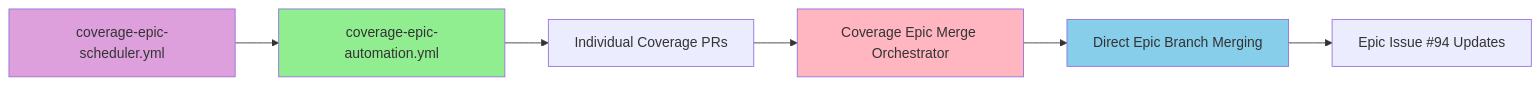
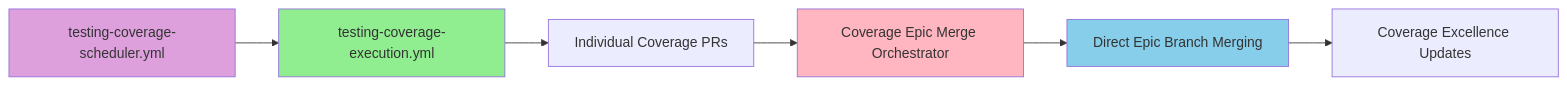
One commit to Zarichney-Development/zarichney-api changed the second of 2 diagrams in Docs/Development/CoverageEpicMergeOrchestration.md. Above: the diagram before and after it, drawn with Mermaid. The commit also changed other lines of this file and 273 other files, not shown here.

Commit message:
feat(ci,docs): rebrand coverage ecosystem to testing coverage; fix scheduler step refs and prompt link (#233)

````diff
--- a/Docs/Development/CoverageEpicMergeOrchestration.md
+++ b/Docs/Development/CoverageEpicMergeOrchestration.md
@@ -269,13 +269,13 @@
 ```mermaid
 graph LR
-    A[coverage-epic-scheduler.yml] --> B[coverage-epic-automation.yml]
+    A[testing-coverage-scheduler.yml] --> B[testing-coverage-execution.yml]
     B --> C[Individual Coverage PRs]
     C --> D[Coverage Epic Merge Orchestrator]
     D --> E[Direct Epic Branch Merging]
-    E --> F[Epic Issue #94 Updates]
-    
+    E --> F[Coverage Excellence Updates]
+
     style A fill:#DDA0DD
     style B fill:#90EE90
     style D fill:#FFB6C1
     style E fill:#87CEEB
 ```
````
